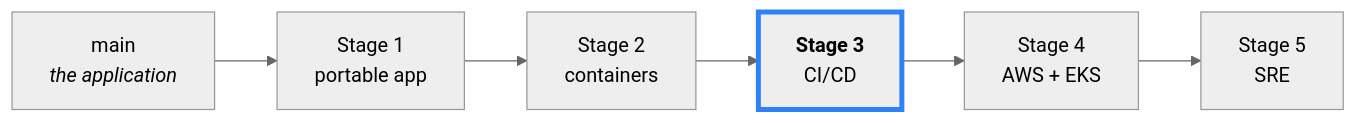
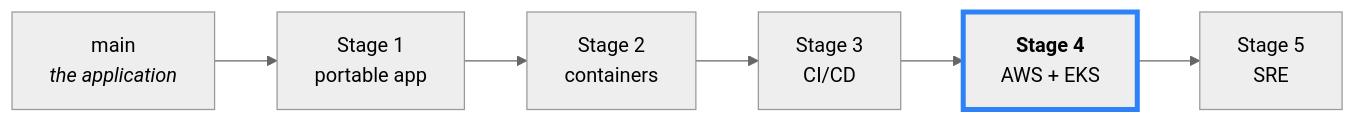
One commit to gcodiac/python-to-production changed the first of 4 diagrams in README.md. Above: the diagram before and after it, drawn with Mermaid (neutral theme). The commit also changed other lines of this file and 1 other file, not shown here.

````diff
--- a/README.md
+++ b/README.md
@@ -7,9 +7,9 @@
 ```mermaid
 flowchart LR
     M["main<br/><i>the application</i>"] --> S1["Stage 1<br/>portable app"]
     S1 --> S2["Stage 2<br/>containers"]
-    S2 --> S3["<b>Stage 3</b><br/>CI/CD"]
-    S3 --> S4["Stage 4<br/>AWS + EKS"]
+    S2 --> S3["Stage 3<br/>CI/CD"]
+    S3 --> S4["<b>Stage 4</b><br/>AWS + EKS"]
     S4 --> S5["Stage 5<br/>SRE"]
-    style S3 stroke:#2f81f7,stroke-width:4px
+    style S4 stroke:#2f81f7,stroke-width:4px
 ```
````
